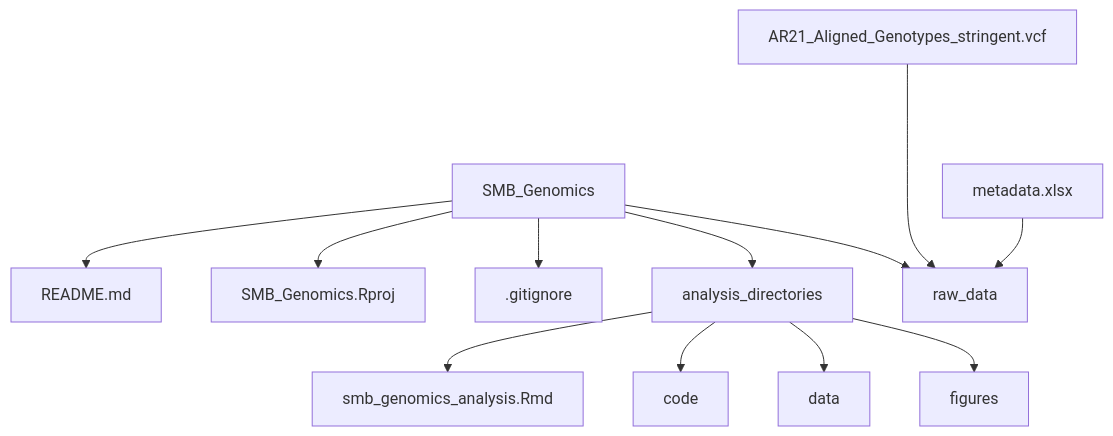
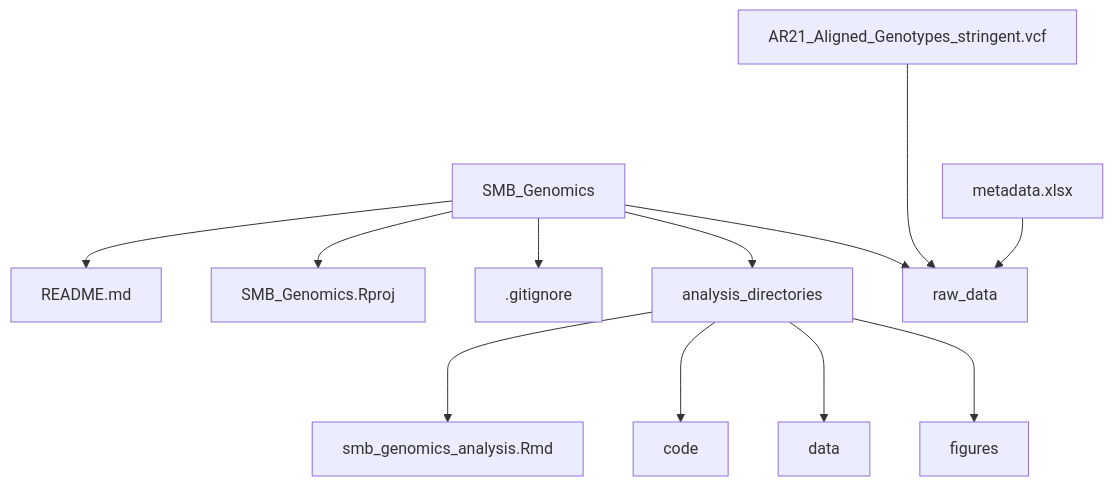
One commit to jcg5g9/SMB_Genomics changed the third of 3 diagrams in README.md. Above: the diagram before and after it, drawn with Mermaid. The commit also changed other lines of this file, not shown here.

````diff
--- a/README.md
+++ b/README.md
@@ -88,14 +88,14 @@
 ```mermaid
 graph TD
   SMB_Genomics --> README.md
   SMB_Genomics --> SMB_Genomics.Rproj
   SMB_Genomics --> .gitignore
   SMB_Genomics --> analysis_directories
-  analysis_directories --> smb_genomics_analysis.Rmd
-  analysis_directories --> code
-  analysis_directories --> data
-  analysis_directories --> figures
+  analysis_directories ---> smb_genomics_analysis.Rmd
+  analysis_directories ---> code
+  analysis_directories ---> data
+  analysis_directories ---> figures
   SMB_Genomics --> raw_data
   AR21_Aligned_Genotypes_stringent.vcf ----> raw_data
   metadata.xlsx --> raw_data
 ```
````
